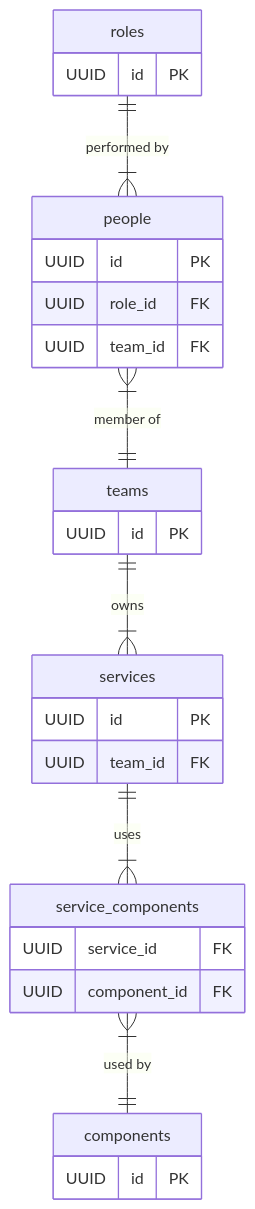
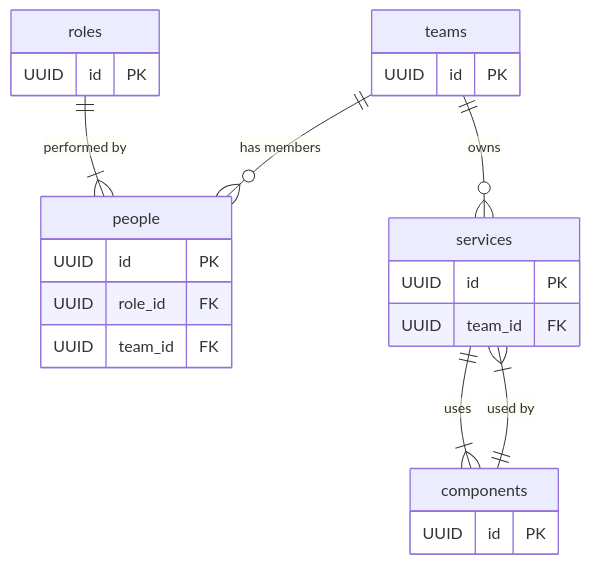
One commit to matthew-shaw/conflux changed the third of 3 diagrams in README.md. Above: the diagram before and after it, drawn with Mermaid.

Commit message:
stick to logical model, not physical impl

````diff
--- a/README.md
+++ b/README.md
@@ -122,36 +122,31 @@
 ```mermaid
 erDiagram
     roles {
         UUID id PK
     }
 
     people {
         UUID id PK
         UUID role_id FK
         UUID team_id FK
     }
 
     teams {
         UUID id PK
     }
 
     services {
         UUID id PK
         UUID team_id FK
     }
 
     components {
         UUID id PK
     }
 
-    service_components {
-        UUID service_id FK
-        UUID component_id FK
-    }
-
     roles ||--|{ people : "performed by"
-    people }|--|| teams : "member of"
-    teams ||--|{ services : owns
-    services ||--|{ service_components : uses
-    service_components }|--|| components : "used by"
+    teams ||--o{ people : "has members"
+    teams ||--o{ services : "owns"
+    services ||--|{ components : "uses"
+    components ||--|{ services : "used by"
 ```
````
